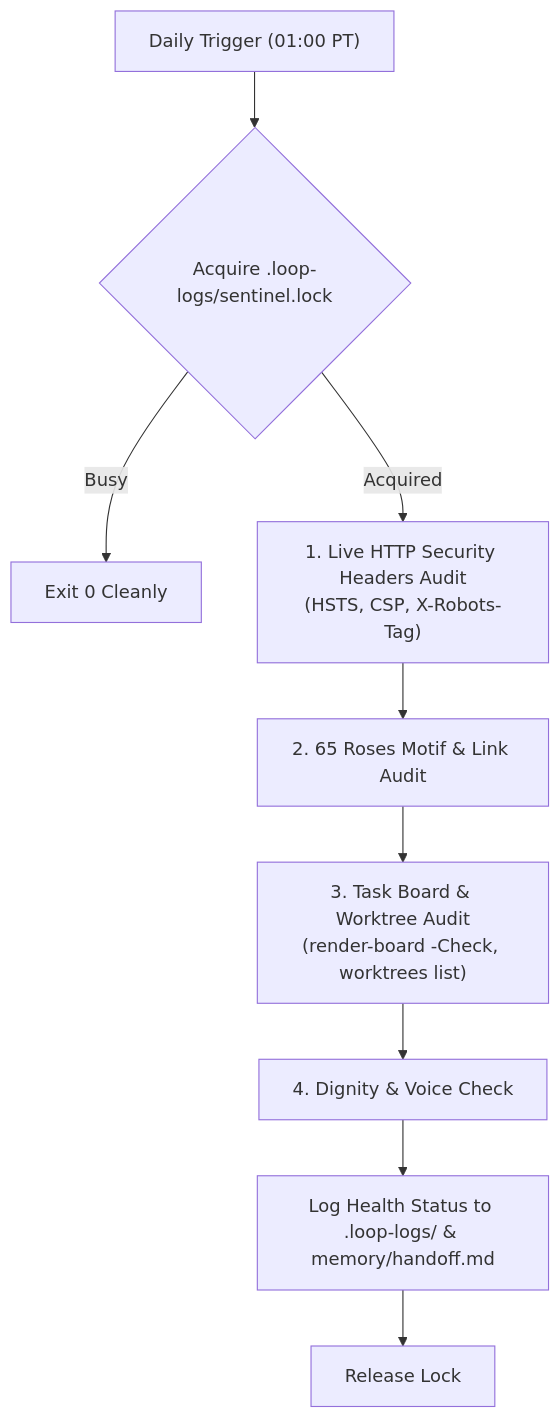
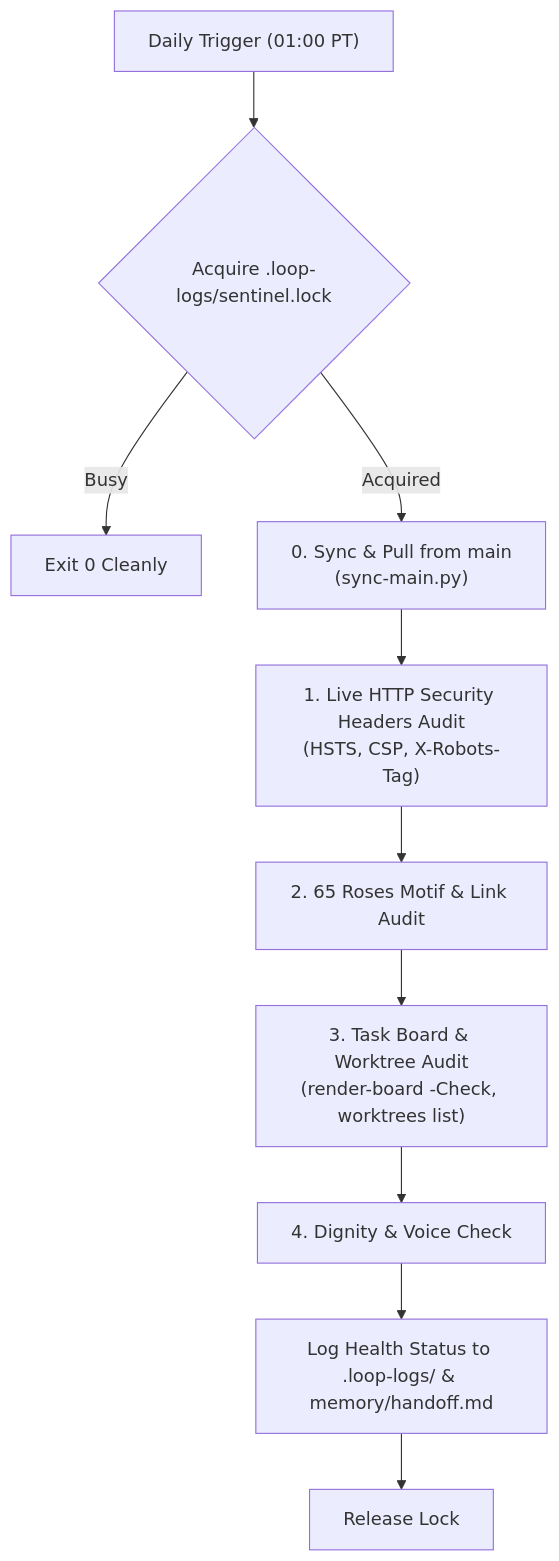
The diagram in .claude/skills/scheduled-site-audit/SKILL.md (senseiewok/cf-lab), drawn with Mermaid before and after one commit. The commit also changed other lines of this file and 11 other files, not shown here.

First line of the commit message:
feat(schedules): ensure all schedules pull from main on startup

````diff
--- a/.claude/skills/scheduled-site-audit/SKILL.md
+++ b/.claude/skills/scheduled-site-audit/SKILL.md
@@ -22,11 +22,12 @@
 ```mermaid
 flowchart TD
     Trigger["Daily Trigger (01:00 PT)"] --> Lock{"Acquire .loop-logs/sentinel.lock"}
     Lock -->|Busy| Exit["Exit 0 Cleanly"]
-    Lock -->|Acquired| H1["1. Live HTTP Security Headers Audit\n(HSTS, CSP, X-Robots-Tag)"]
+    Lock -->|Acquired| Sync["0. Sync & Pull from main\n(sync-main.py)"]
+    Sync --> H1["1. Live HTTP Security Headers Audit\n(HSTS, CSP, X-Robots-Tag)"]
     H1 --> H2["2. 65 Roses Motif & Link Audit"]
     H2 --> H3["3. Task Board & Worktree Audit\n(render-board -Check, worktrees list)"]
     H3 --> H4["4. Dignity & Voice Check"]
     H4 --> Report["Log Health Status to .loop-logs/ & memory/handoff.md"]
     Report --> Release["Release Lock"]
 ```
````
